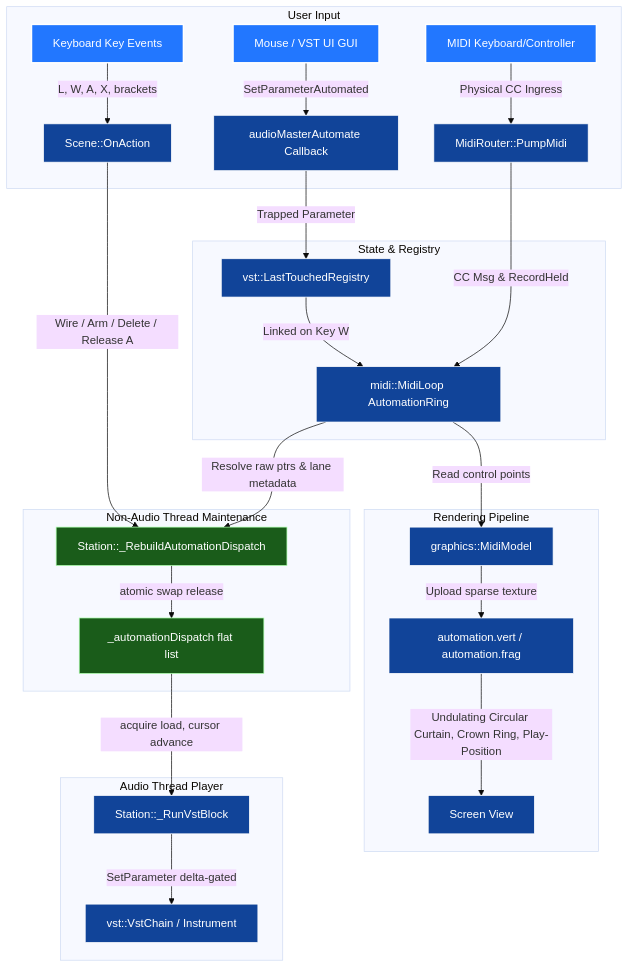
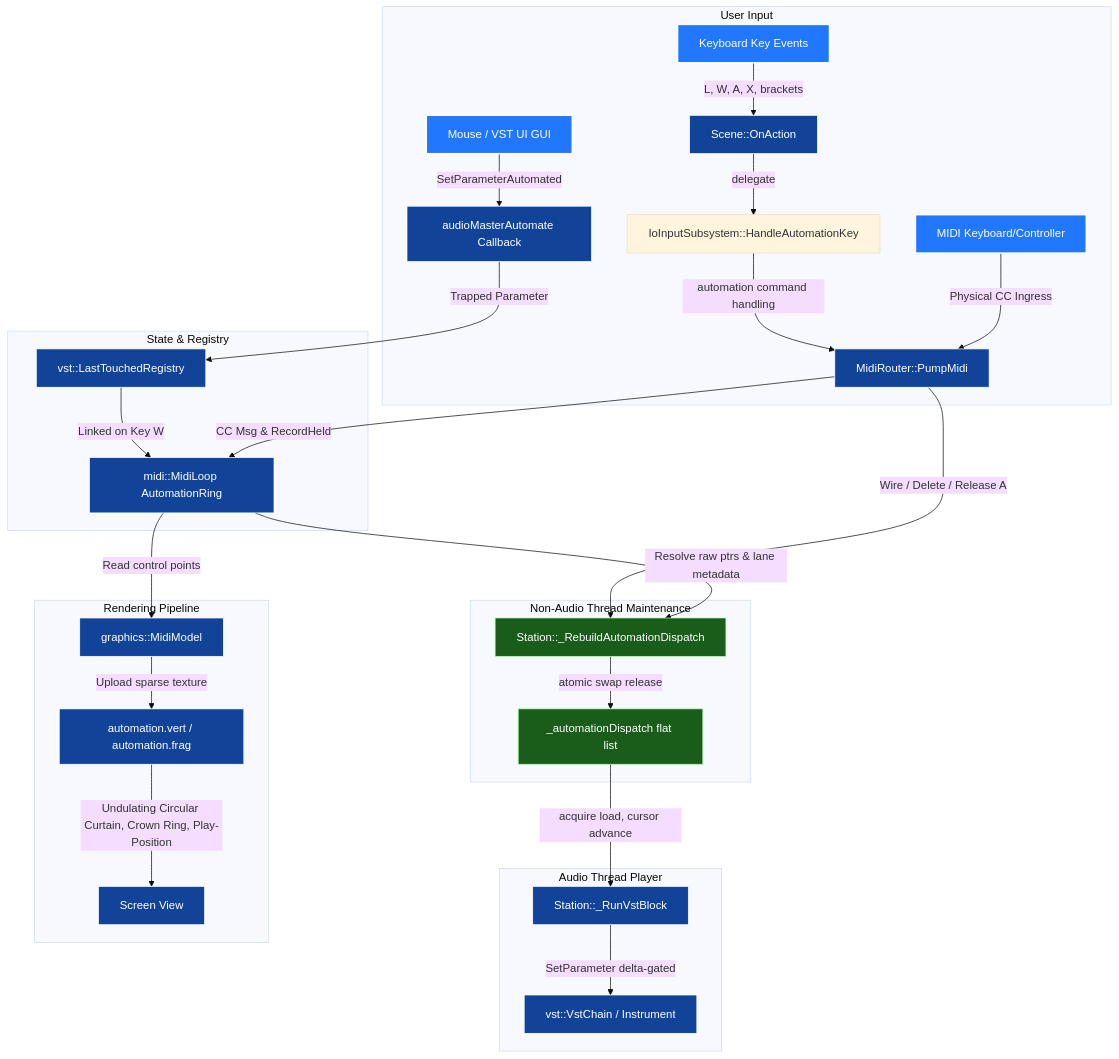
One commit to malisimat/Jamma changed the diagram in .vscode/plan-midiAutomationRecording.prompt.md. Above: the diagram before and after it, drawn with Mermaid (base theme). The commit also changed other lines of this file, not shown here.

````diff
--- a/.vscode/plan-midiAutomationRecording.prompt.md
+++ b/.vscode/plan-midiAutomationRecording.prompt.md
@@ -51,39 +51,41 @@
 ```mermaid
 graph TD
     classDef main fill:#2277ff,stroke:#fff,stroke-width:2px,color:#fff;
     classDef subt fill:#114499,stroke:#fff,color:#fff;
     classDef nonrt fill:#1a5c1a,stroke:#aaffaa,color:#fff;
 
     subgraph User Input
-        K[Keyboard Key Events] -->|L, W, A, X, brackets| SC[Scene::OnAction]
+      K[Keyboard Key Events] -->|L, W, A, X, brackets| SC[Scene::OnAction]
+      SC -->|delegate| IO[IoInputSubsystem::HandleAutomationKey]
+      IO -->|automation command handling| MR
         E[Mouse / VST UI GUI] -->|SetParameterAutomated| V2[audioMasterAutomate Callback]
         M[MIDI Keyboard/Controller] -->|Physical CC Ingress| MR[MidiRouter::PumpMidi]
     end
 
     subgraph State & Registry
         V2 -->|Trapped Parameter| TR[vst::LastTouchedRegistry]
         TR -->|Linked on Key W| ML[midi::MidiLoop AutomationRing]
         MR -->|CC Msg & RecordHeld| ML
     end
 
     subgraph Non-Audio Thread Maintenance
-        SC -->|Wire / Arm / Delete / Release A| RB[Station::_RebuildAutomationDispatch]
+      MR -->|Wire / Delete / Release A| RB[Station::_RebuildAutomationDispatch]
         ML -->|Resolve raw ptrs & lane metadata| RB
         RB -->|atomic swap release| AD[_automationDispatch flat list]
     end
 
     subgraph Audio Thread Player
         AD -->|acquire load, cursor advance| ST[Station::_RunVstBlock]
         ST -->|SetParameter delta-gated| VC[vst::VstChain / Instrument]
     end
 
     subgraph Rendering Pipeline
         ML -->|Read control points| MM[graphics::MidiModel]
         MM -->|Upload sparse texture| VS[automation.vert / automation.frag]
         VS -->|Undulating Circular Curtain, Crown Ring, Play-Position| SCR[Screen View]
     end
 
     class K,E,M main;
     class SC,V2,MR,TR,ML,ST,VC,MM,VS,SCR subt;
     class RB,AD nonrt;
 ```
````
